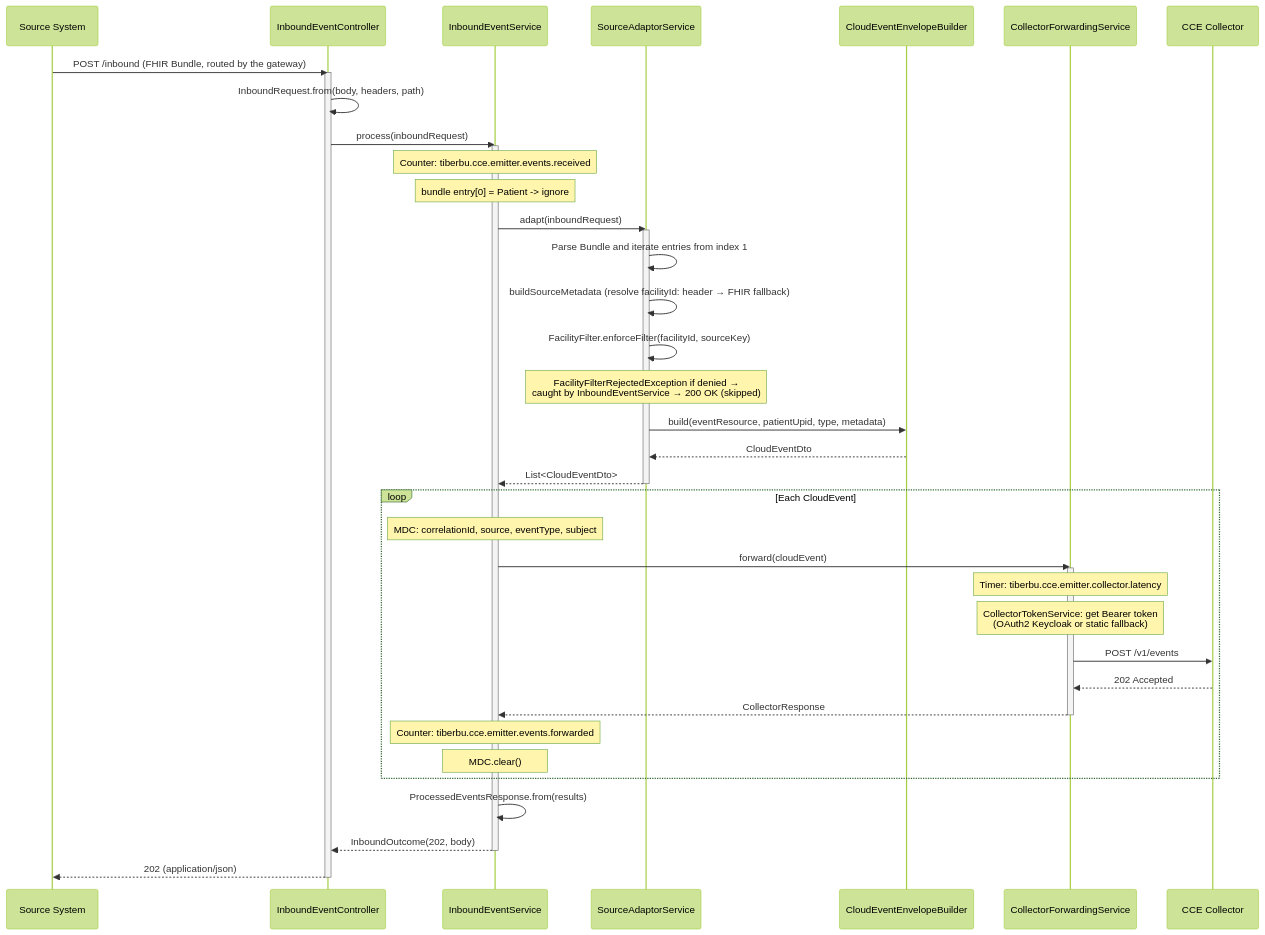
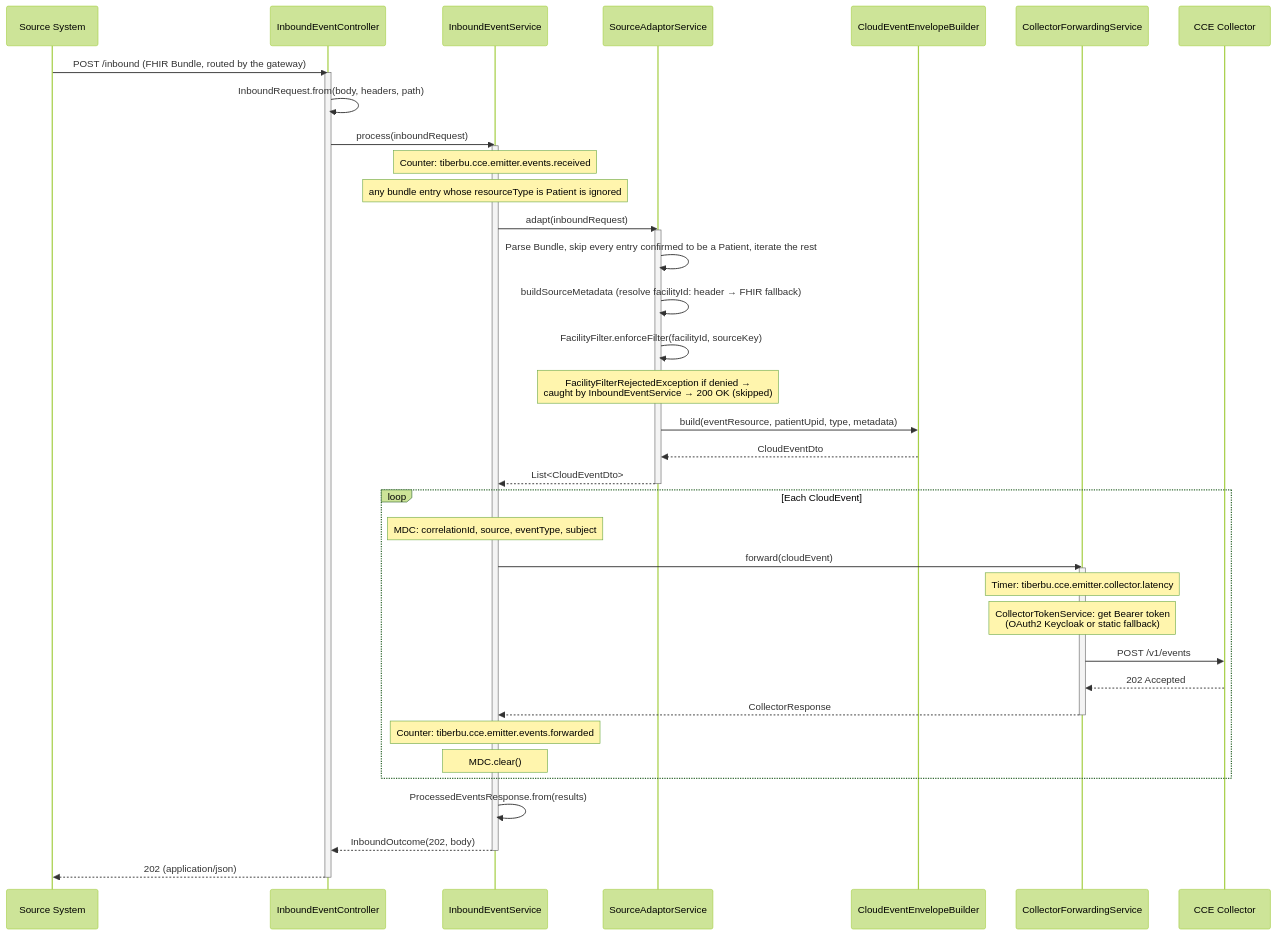
Before and after one commit to ishashankakkasali/tiberbu-cce-emitter-adaptor: the second of 7 diagrams in docs/flow-diagrams.md, drawn with Mermaid (forest theme). The commit also changed other lines of this file and 11 other files, not shown here.

Commit message:
KE-6: Update FHIR Bundle Parsing & Entry Extraction  to ignore resourceType whose entr

````diff
--- a/docs/flow-diagrams.md
+++ b/docs/flow-diagrams.md
@@ -44,54 +44,54 @@
 ```mermaid
 sequenceDiagram
     participant Src as Source System
     participant Ctrl as InboundEventController
     participant EvtSvc as InboundEventService
     participant Svc as SourceAdaptorService
     participant CE as CloudEventEnvelopeBuilder
     participant Fwd as CollectorForwardingService
     participant Col as CCE Collector
 
     Src->>Ctrl: POST /inbound (FHIR Bundle, routed by the gateway)
     activate Ctrl
 
     Ctrl->>Ctrl: InboundRequest.from(body, headers, path)
 
     Ctrl->>EvtSvc: process(inboundRequest)
     activate EvtSvc
 
     Note over EvtSvc: Counter: tiberbu.cce.emitter.events.received
-    Note over EvtSvc: bundle entry[0] = Patient -> ignore
+    Note over EvtSvc: any bundle entry whose resourceType is Patient is ignored
 
     EvtSvc->>Svc: adapt(inboundRequest)
     activate Svc
-    Svc->>Svc: Parse Bundle and iterate entries from index 1
+    Svc->>Svc: Parse Bundle, skip every entry confirmed to be a Patient, iterate the rest
     Svc->>Svc: buildSourceMetadata (resolve facilityId: header → FHIR fallback)
     Svc->>Svc: FacilityFilter.enforceFilter(facilityId, sourceKey)
     Note over Svc: FacilityFilterRejectedException if denied →<br/>caught by InboundEventService → 200 OK (skipped)
     Svc->>CE: build(eventResource, patientUpid, type, metadata)
     CE-->>Svc: CloudEventDto
     Svc-->>EvtSvc: List<CloudEventDto>
     deactivate Svc
 
     loop Each CloudEvent
         Note over EvtSvc: MDC: correlationId, source, eventType, subject
         EvtSvc->>Fwd: forward(cloudEvent)
         activate Fwd
         Note over Fwd: Timer: tiberbu.cce.emitter.collector.latency
         Note over Fwd: CollectorTokenService: get Bearer token<br/>(OAuth2 Keycloak or static fallback)
         Fwd->>Col: POST /v1/events
         Col-->>Fwd: 202 Accepted
         Fwd-->>EvtSvc: CollectorResponse
         deactivate Fwd
         Note over EvtSvc: Counter: tiberbu.cce.emitter.events.forwarded
         Note over EvtSvc: MDC.clear()
     end
 
     EvtSvc->>EvtSvc: ProcessedEventsResponse.from(results)
 
     EvtSvc-->>Ctrl: InboundOutcome(202, body)
     deactivate EvtSvc
 
     Ctrl-->>Src: 202 (application/json)
     deactivate Ctrl
 ```
````
